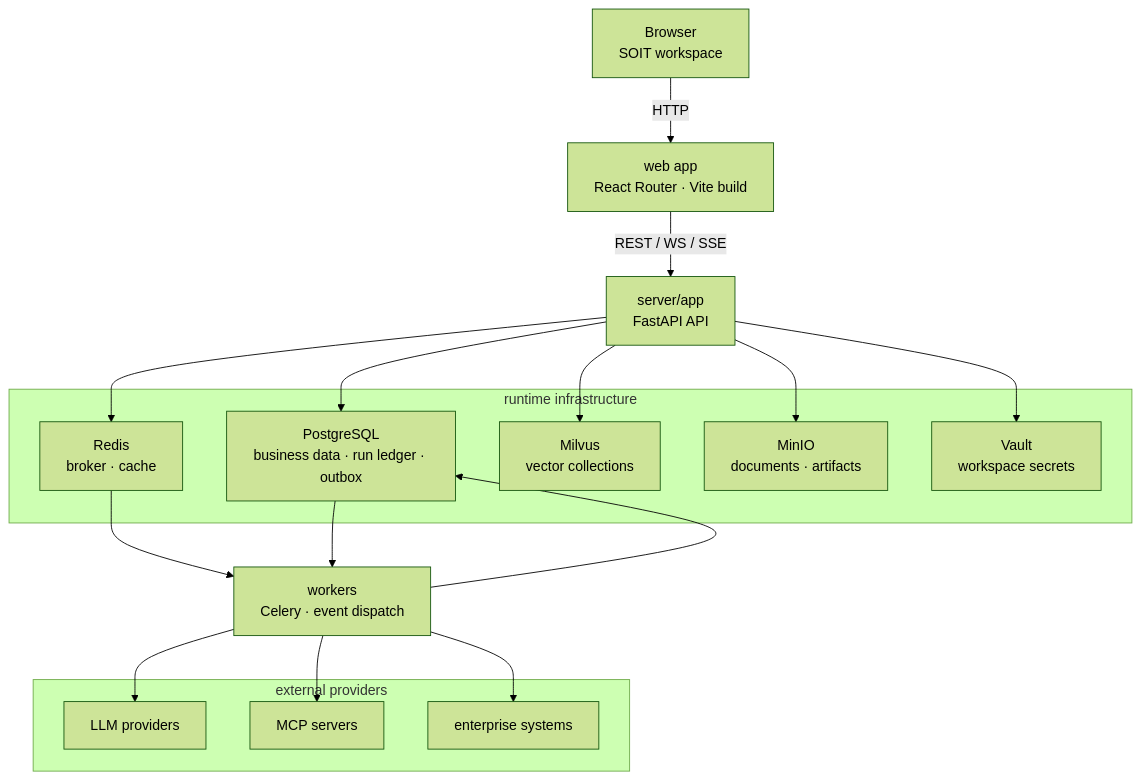
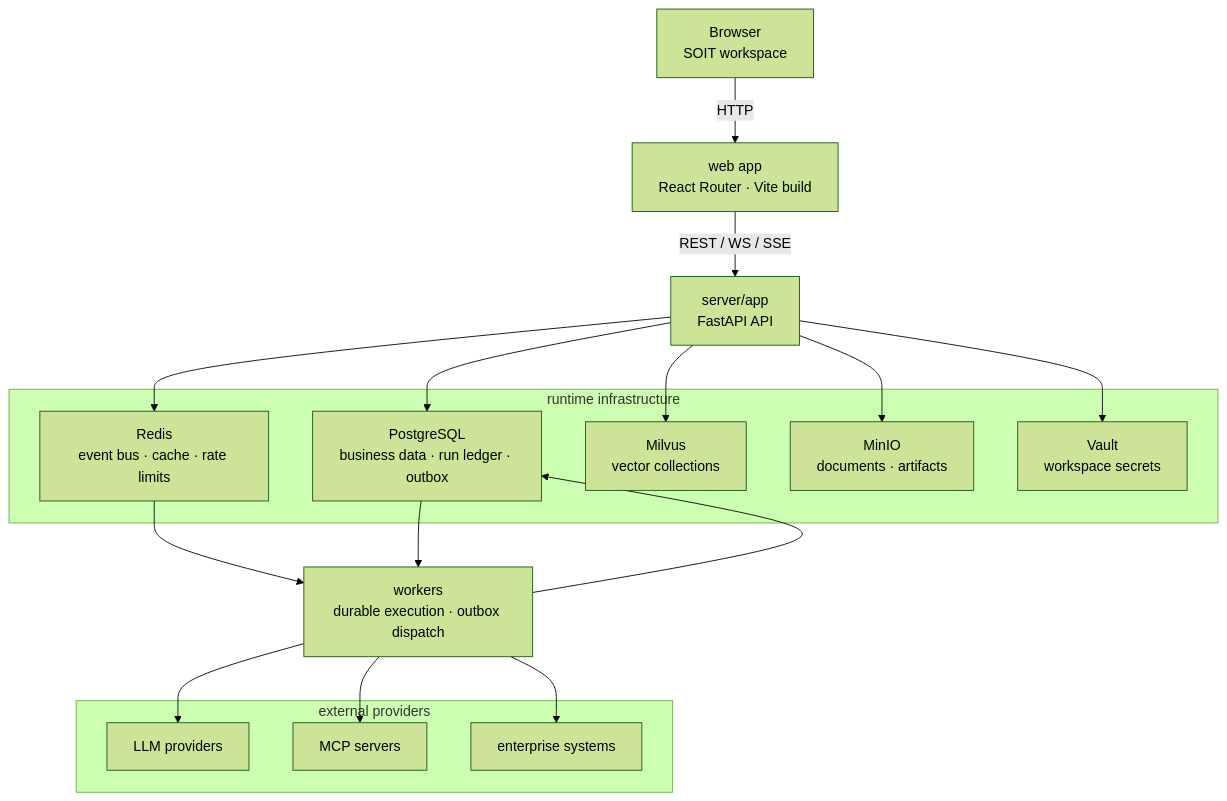
Before and after one commit to soit-ai/soit: the third of 7 diagrams in docs/PLATFORM_ARCHITECTURE.md, drawn with Mermaid (forest theme). The commit also changed other lines of this file and 10 other files, not shown here.

````diff
--- a/docs/PLATFORM_ARCHITECTURE.md
+++ b/docs/PLATFORM_ARCHITECTURE.md
@@ -173,35 +173,35 @@
 ```mermaid
 flowchart TB
   Browser["Browser<br/>SOIT workspace"]
   WebApp["web app<br/>React Router · Vite build"]
   API["server/app<br/>FastAPI API"]
-  Worker["workers<br/>Celery · event dispatch"]
+  Worker["workers<br/>durable execution · outbox dispatch"]
 
   subgraph RuntimeInfra["runtime infrastructure"]
     Postgres["PostgreSQL<br/>business data · run ledger · outbox"]
-    Redis["Redis<br/>broker · cache"]
+    Redis["Redis<br/>event bus · cache · rate limits"]
     Milvus["Milvus<br/>vector collections"]
     MinIO["MinIO<br/>documents · artifacts"]
     Vault["Vault<br/>workspace secrets"]
   end
 
   subgraph Providers["external providers"]
     LLMs["LLM providers"]
     MCPServers["MCP servers"]
     Enterprise["enterprise systems"]
   end
 
   Browser -->|"HTTP"| WebApp
   WebApp -->|"REST / WS / SSE"| API
   API --> Postgres
   API --> Redis
   API --> Milvus
   API --> MinIO
   API --> Vault
   Redis --> Worker
   Postgres --> Worker
   Worker --> Postgres
   Worker --> LLMs
   Worker --> MCPServers
   Worker --> Enterprise
 ```
````
